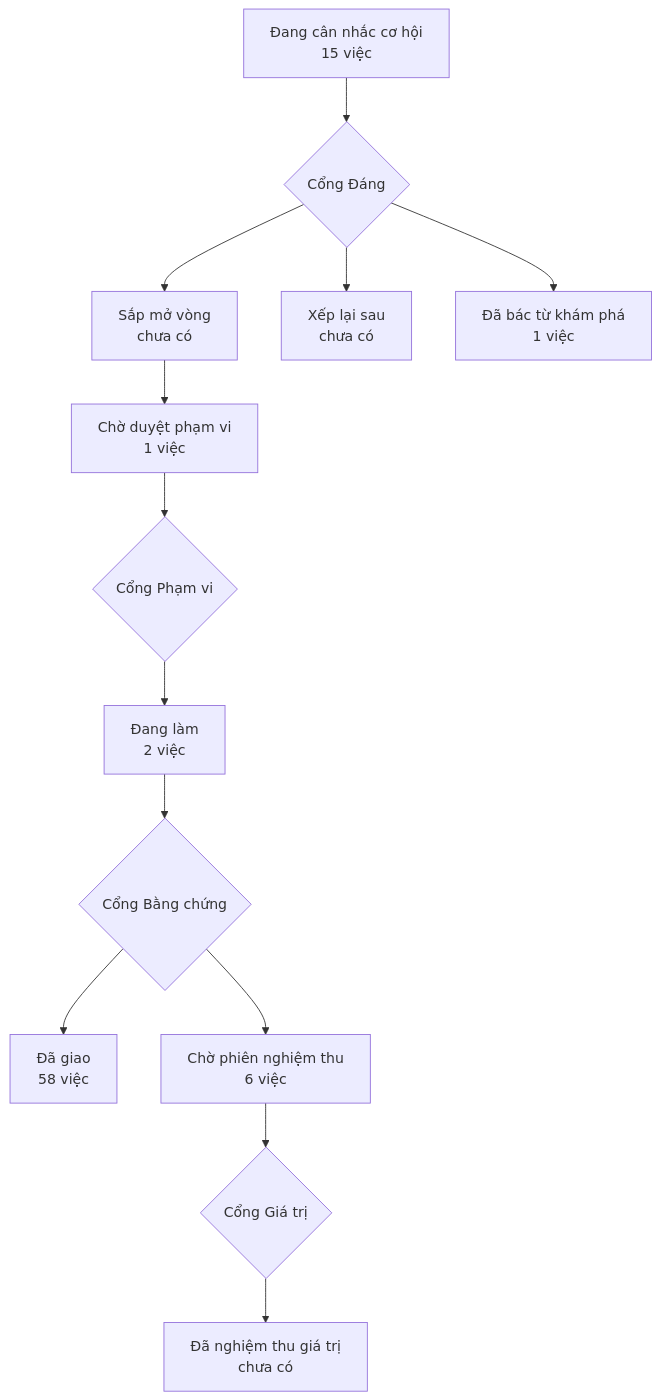
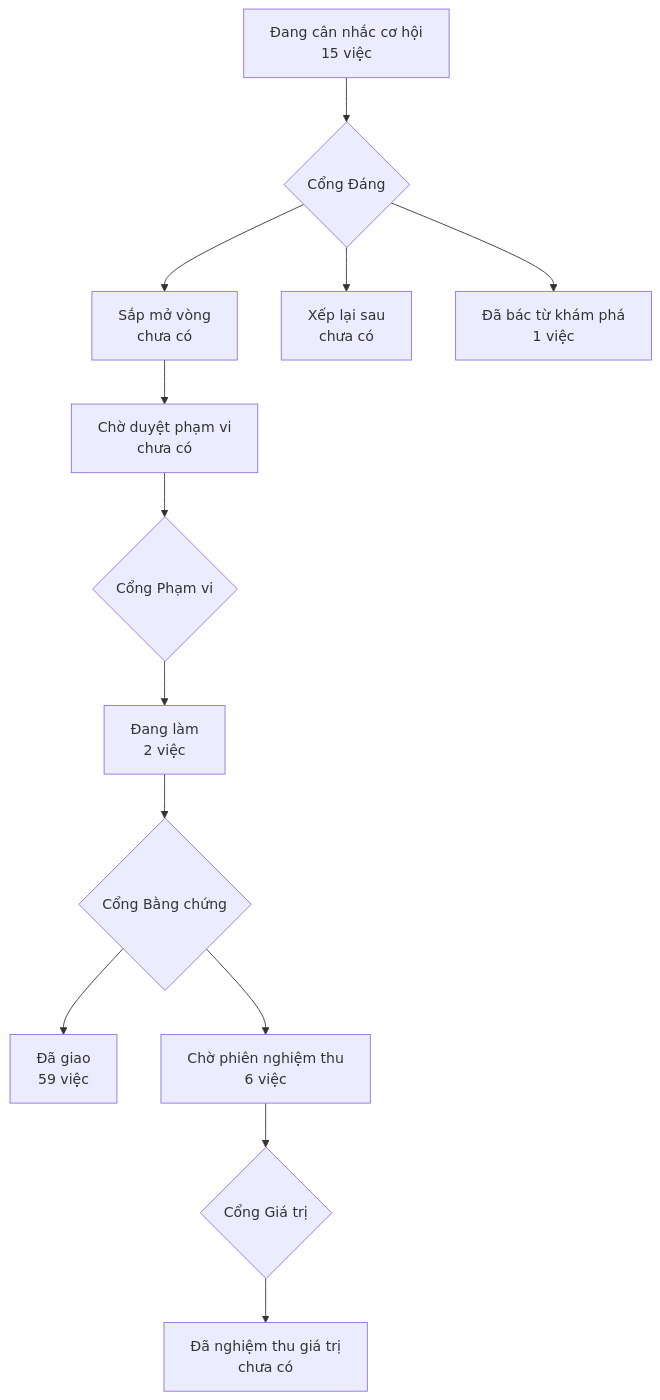
Before and after one commit to phanlemanh/acceptance-gate-kit: the diagram in PRODUCT-MAP.md, drawn with Mermaid. The commit also changed other lines of this file and 2 other files, not shown here.

Commit message:
Gate 2 signoff: khong-ve-the-ma — Manh Phan

````diff
--- a/PRODUCT-MAP.md
+++ b/PRODUCT-MAP.md
@@ -6,12 +6,12 @@
 ```mermaid
 flowchart TD
   A["Đang cân nhắc cơ hội<br/>15 việc"] --> GD{"Cổng Đáng"}
   GD --> B["Sắp mở vòng<br/>chưa có"]
   GD --> XL["Xếp lại sau<br/>chưa có"]
   GD --> DB["Đã bác từ khám phá<br/>1 việc"]
-  B --> CD["Chờ duyệt phạm vi<br/>1 việc"] --> GP{"Cổng Phạm vi"}
+  B --> CD["Chờ duyệt phạm vi<br/>chưa có"] --> GP{"Cổng Phạm vi"}
   GP --> DL["Đang làm<br/>2 việc"] --> GB{"Cổng Bằng chứng"}
-  GB --> DG["Đã giao<br/>58 việc"]
+  GB --> DG["Đã giao<br/>59 việc"]
   GB --> CN["Chờ phiên nghiệm thu<br/>6 việc"] --> GG{"Cổng Giá trị"}
   GG --> NT["Đã nghiệm thu giá trị<br/>chưa có"]
 ```
````
